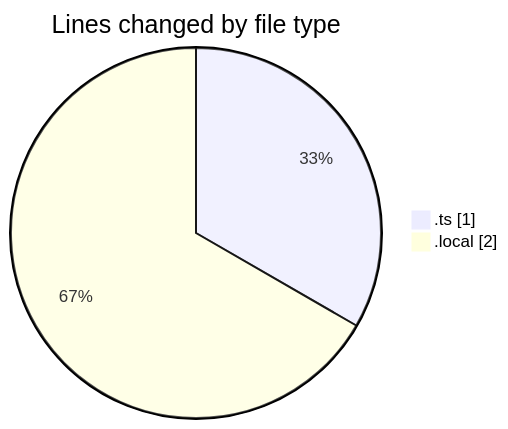
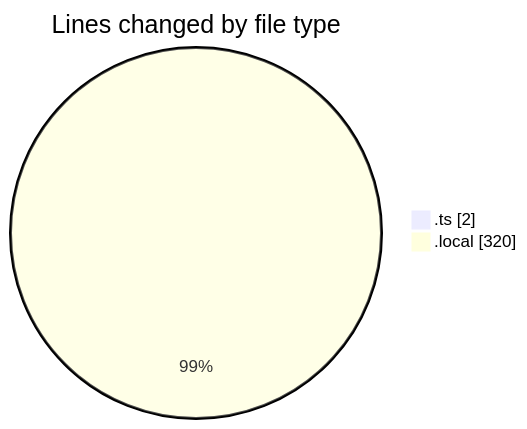
Before and after one commit to FixMe24/code-tracking: the first of 2 diagrams in 2025-05-20/fixme24/README.md, drawn with Mermaid. The commit also changed other lines of this file and 1 other file, not shown here.

````diff
--- a/2025-05-20/fixme24/README.md
+++ b/2025-05-20/fixme24/README.md
@@ -21,6 +22,6 @@
 ```mermaid
 pie showData
 title Lines changed by file type
-".ts" : 1
-".local" : 2
+".ts" : 2
+".local" : 320
 ```
````
